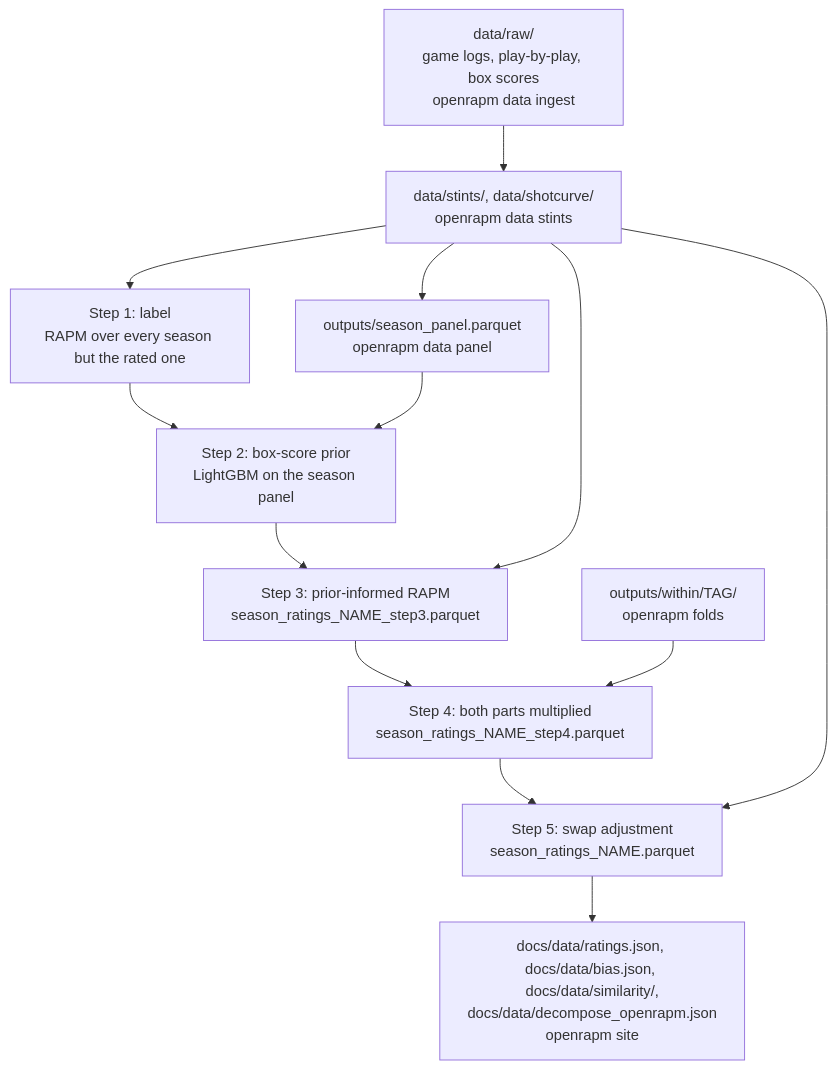
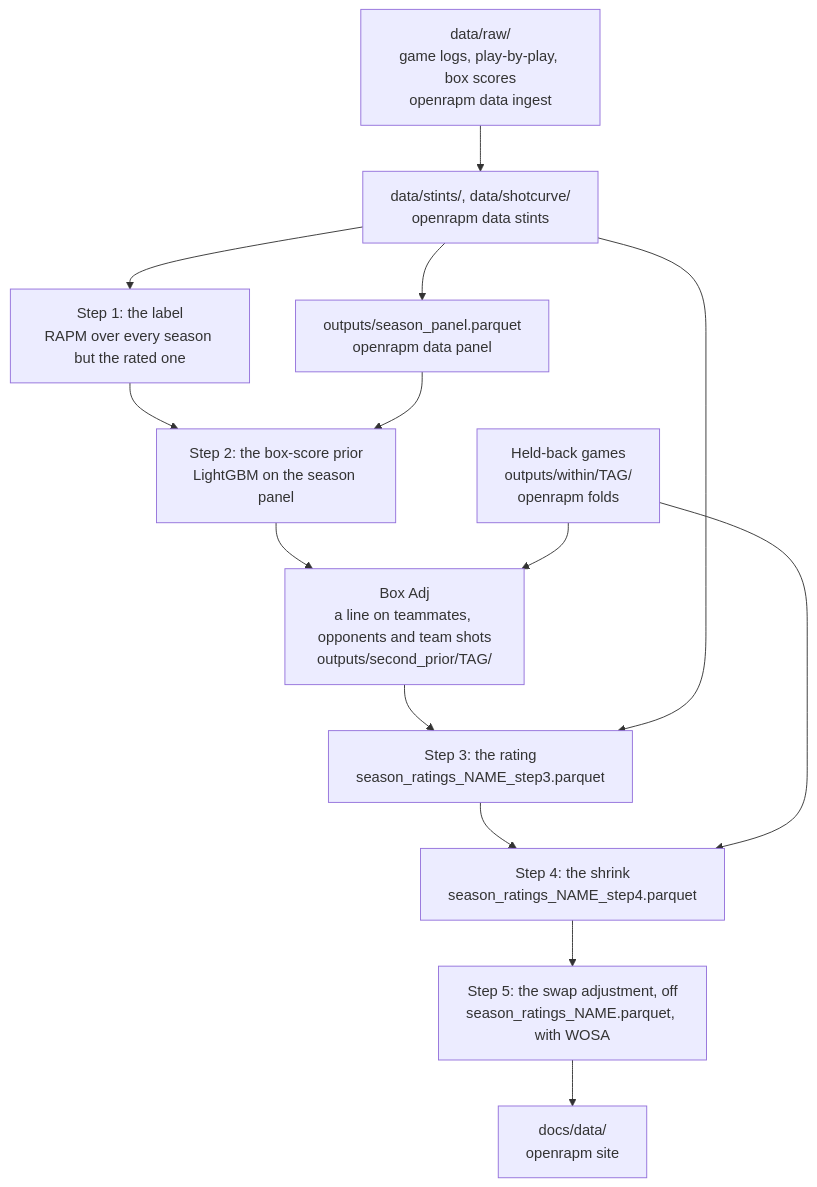
Before and after one commit to bbstats/openrapm: the diagram in PIPELINE.md, drawn with Mermaid. The commit also changed other lines of this file, not shown here.

Commit message:
PIPELINE.md to what ships: Box Adj, the Power page, the hustle box scores and the morning job get sections; every data command and all 39 checks in tables; the shrink's two layers and today's multipliers; the swap adjustment written as off

````diff
--- a/PIPELINE.md
+++ b/PIPELINE.md
@@ -16,15 +16,16 @@
 ```mermaid
 flowchart TD
     RAW["data/raw/<br/>game logs, play-by-play, box scores<br/>openrapm data ingest"] --> ST["data/stints/, data/shotcurve/<br/>openrapm data stints"]
     ST --> PAN["outputs/season_panel.parquet<br/>openrapm data panel"]
-    ST --> S1["Step 1: label<br/>RAPM over every season but the rated one"]
-    S1 --> S2["Step 2: box-score prior<br/>LightGBM on the season panel"]
+    ST --> S1["Step 1: the label<br/>RAPM over every season but the rated one"]
+    S1 --> S2["Step 2: the box-score prior<br/>LightGBM on the season panel"]
     PAN --> S2
-    S2 --> S3["Step 3: prior-informed RAPM<br/>season_ratings_NAME_step3.parquet"]
+    S2 --> BA["Box Adj<br/>a line on teammates, opponents and team shots<br/>outputs/second_prior/TAG/"]
+    FO["Held-back games<br/>outputs/within/TAG/<br/>openrapm folds"] --> BA
+    BA --> S3["Step 3: the rating<br/>season_ratings_NAME_step3.parquet"]
     ST --> S3
-    S3 --> S4["Step 4: both parts multiplied<br/>season_ratings_NAME_step4.parquet"]
-    FO["outputs/within/TAG/<br/>openrapm folds"] --> S4
-    S4 --> S5["Step 5: swap adjustment<br/>season_ratings_NAME.parquet"]
-    ST --> S5
-    S5 --> SITE["docs/data/ratings.json, docs/data/bias.json, docs/data/similarity/,<br/>docs/data/decompose_openrapm.json<br/>openrapm site"]
+    S3 --> S4["Step 4: the shrink<br/>season_ratings_NAME_step4.parquet"]
+    FO --> S4
+    S4 --> S5["Step 5: the swap adjustment, off<br/>season_ratings_NAME.parquet, with WOSA"]
+    S5 --> SITE["docs/data/<br/>openrapm site"]
 ```
````
